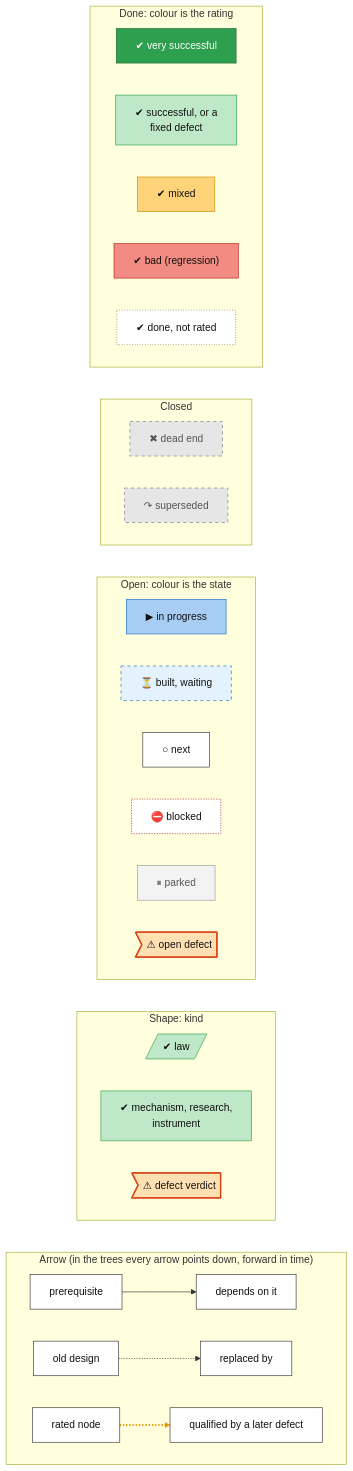
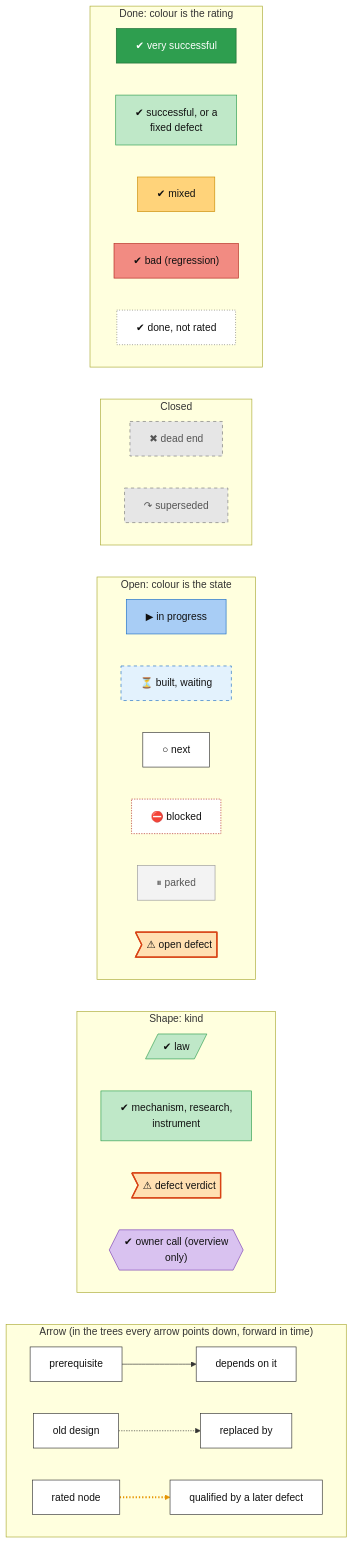
One commit to lhns/raptorpath changed the first of 2 diagrams in docs/roadmap.md. Above: the diagram before and after it, drawn with Mermaid. The commit also changed other lines of this file and 15 other files, not shown here.

First line of the commit message:
roadmap: titles and plain sentences from the re-check

````diff
--- a/docs/roadmap.md
+++ b/docs/roadmap.md
@@ -20,71 +20,73 @@
 ```mermaid
 flowchart TB
     %% legend
     subgraph lg_g0["Done: colour is the rating"]
         direction LR
         lg_s0["✔ very successful"]
         lg_s1["✔ successful, or a<br/>fixed defect"]
         lg_s2["✔ mixed"]
         lg_s3["✔ bad (regression)"]
         lg_s4["✔ done, not rated"]
     end
     subgraph lg_g1["Closed"]
         direction LR
         lg_s5["✖ dead end"]
         lg_s6["↷ superseded"]
     end
     subgraph lg_g2["Open: colour is the state"]
         direction LR
         lg_s7["▶ in progress"]
         lg_s8["⏳ built, waiting"]
         lg_s9["○ next"]
         lg_s10["⛔ blocked"]
         lg_s11["⏸ parked"]
         lg_s12>"⚠ open defect"]
     end
     subgraph lg_shape["Shape: kind"]
         direction LR
         lg_k0[/"✔ law"/]
         lg_k1["✔ mechanism, research,<br/>instrument"]
         lg_k2>"⚠ defect verdict"]
+        lg_k3{{"✔ owner call (overview<br/>only)"}}
     end
     subgraph lg_edge["Arrow (in the trees every arrow points down, forward in time)"]
         direction LR
         lg_e0a["prerequisite"]
         lg_e0b["depends on it"]
         lg_e1a["old design"]
         lg_e1b["replaced by"]
         lg_e2a["rated node"]
         lg_e2b["qualified by a later defect"]
     end
     lg_g0 ~~~ lg_g1 ~~~ lg_g2 ~~~ lg_shape ~~~ lg_edge
     lg_e0a --> lg_e0b
     lg_e1a -.-> lg_e1b
     lg_e2a -.-> lg_e2b
     linkStyle 6 stroke:#e69500,stroke-width:3px,stroke-dasharray:2 3
     classDef vsucc fill:#2e9e4f,stroke:#1b6b34,color:#fff
     classDef succ fill:#bfe8c8,stroke:#2e9e4f,color:#111
     classDef mixed fill:#ffd37a,stroke:#c98a00,color:#111
     classDef bad fill:#f28b82,stroke:#b3261e,color:#111
     classDef dead fill:#e6e6e6,stroke:#777,stroke-dasharray:5 5,color:#555
     classDef inprog fill:#a8cdf5,stroke:#1f6fc5,color:#111
     classDef next fill:#fff,stroke:#333,color:#111
     classDef blocked fill:#fff,stroke:#b3261e,stroke-dasharray:2 2,color:#111
     classDef parked fill:#f3f3f3,stroke:#999,color:#555
     classDef unrated fill:#fff,stroke:#333,stroke-dasharray:1 3,color:#111
     classDef userdec fill:#d9c2f0,stroke:#7b3fb5,color:#111
     classDef defect fill:#ffe0b2,stroke:#d84315,stroke-width:2px,color:#111
     classDef waiting fill:#e3f2fd,stroke:#1f6fc5,stroke-dasharray:5 5,color:#111
     class lg_s0 vsucc
     class lg_s1,lg_k0,lg_k1 succ
     class lg_s2 mixed
     class lg_s3 bad
     class lg_s4 unrated
     class lg_s5,lg_s6 dead
     class lg_s7 inprog
     class lg_s8 waiting
     class lg_s9,lg_e0a,lg_e0b,lg_e1a,lg_e1b,lg_e2a,lg_e2b next
     class lg_s10 blocked
     class lg_s11 parked
     class lg_s12,lg_k2 defect
+    class lg_k3 userdec
 ```
````
